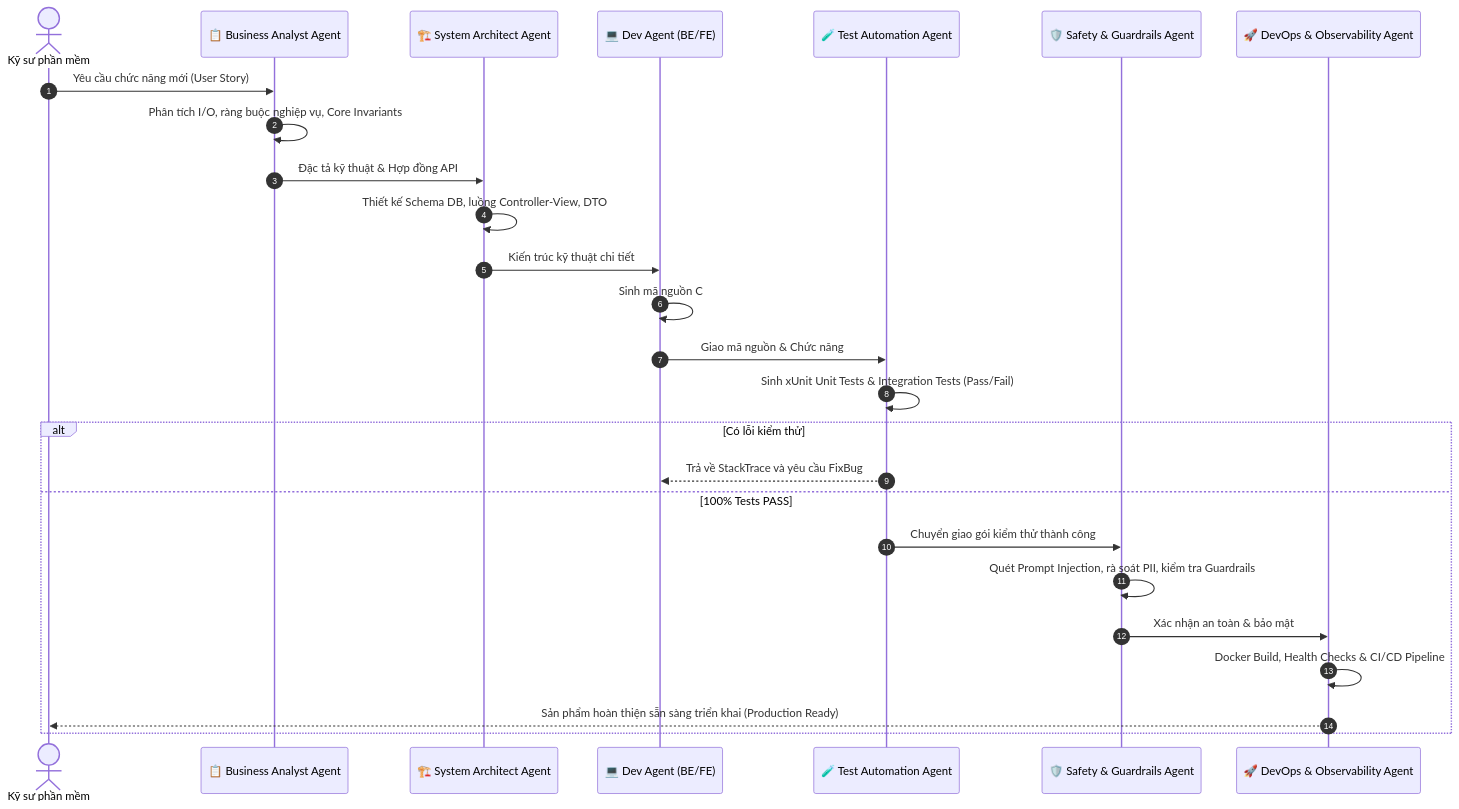
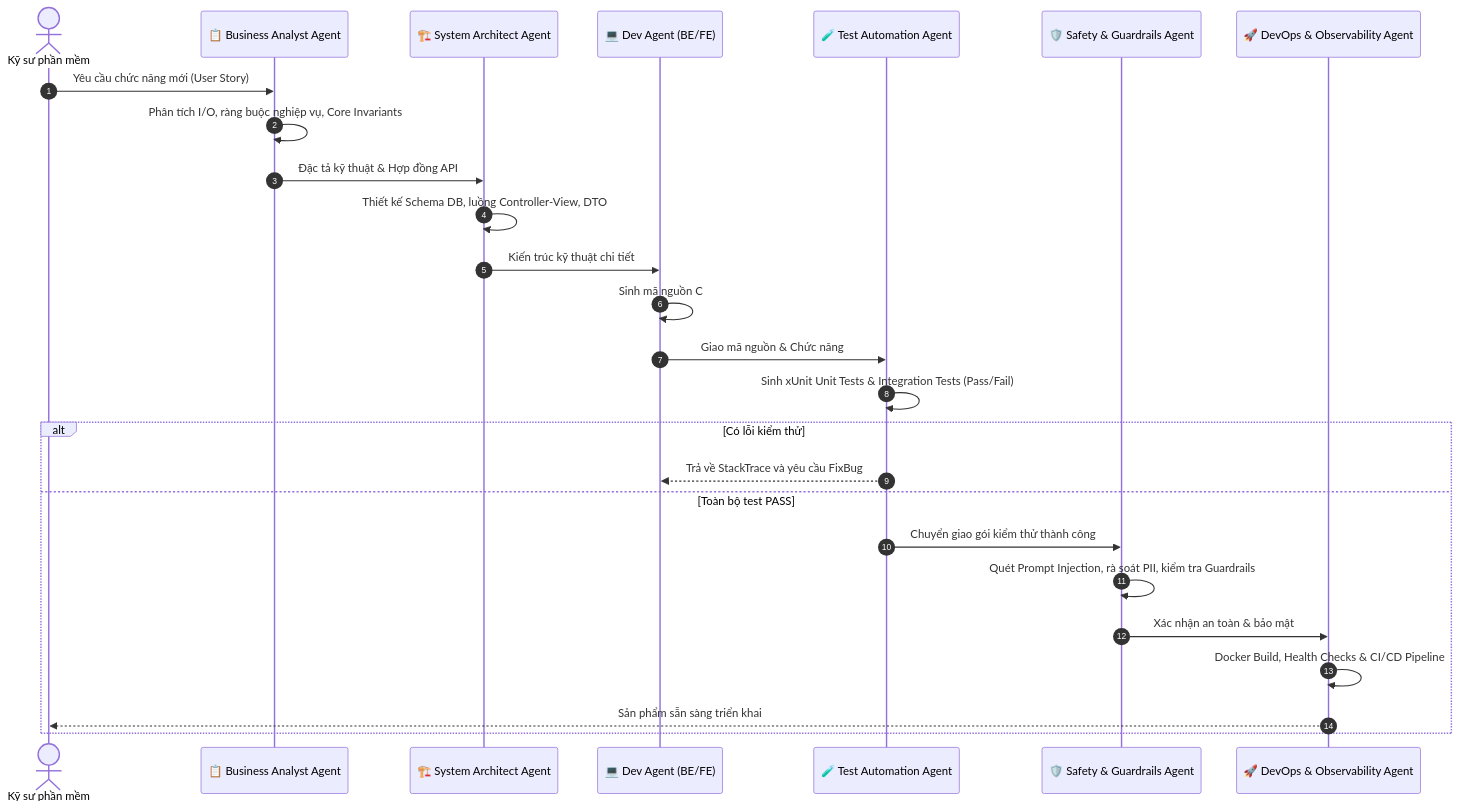
One commit to dtc245010019-alt/domitory-management changed the second of 2 diagrams in AI_AGENT_FACTORY.md. Above: the diagram before and after it, drawn with Mermaid. The commit also changed other lines of this file and 5 other files, not shown here.

````diff
--- a/AI_AGENT_FACTORY.md
+++ b/AI_AGENT_FACTORY.md
@@ -67,29 +67,29 @@
 ```mermaid
 sequenceDiagram
     autonumber
     actor Dev as Kỹ sư phần mềm
     participant BA as 📋 Business Analyst Agent
     participant Arch as 🏗️ System Architect Agent
     participant Coder as 💻 Dev Agent (BE/FE)
     participant QA as 🧪 Test Automation Agent
     participant Sec as 🛡️ Safety & Guardrails Agent
     participant DevOps as 🚀 DevOps & Observability Agent
 
     Dev->>BA: Yêu cầu chức năng mới (User Story)
     BA->>BA: Phân tích I/O, ràng buộc nghiệp vụ, Core Invariants
     BA->>Arch: Đặc tả kỹ thuật & Hợp đồng API
     Arch->>Arch: Thiết kế Schema DB, luồng Controller-View, DTO
     Arch->>Coder: Kiến trúc kỹ thuật chi tiết
     Coder->>Coder: Sinh mã nguồn C# (.NET 8.0) & Razor Views
     Coder->>QA: Giao mã nguồn & Chức năng
     QA->>QA: Sinh xUnit Unit Tests & Integration Tests (Pass/Fail)
     alt Có lỗi kiểm thử
         QA-->>Coder: Trả về StackTrace và yêu cầu FixBug
-    else 100% Tests PASS
+    else Toàn bộ test PASS
         QA->>Sec: Chuyển giao gói kiểm thử thành công
         Sec->>Sec: Quét Prompt Injection, rà soát PII, kiểm tra Guardrails
         Sec->>DevOps: Xác nhận an toàn & bảo mật
         DevOps->>DevOps: Docker Build, Health Checks & CI/CD Pipeline
-        DevOps-->>Dev: Sản phẩm hoàn thiện sẵn sàng triển khai (Production Ready)
+        DevOps-->>Dev: Sản phẩm sẵn sàng triển khai
     end
 ```
````
